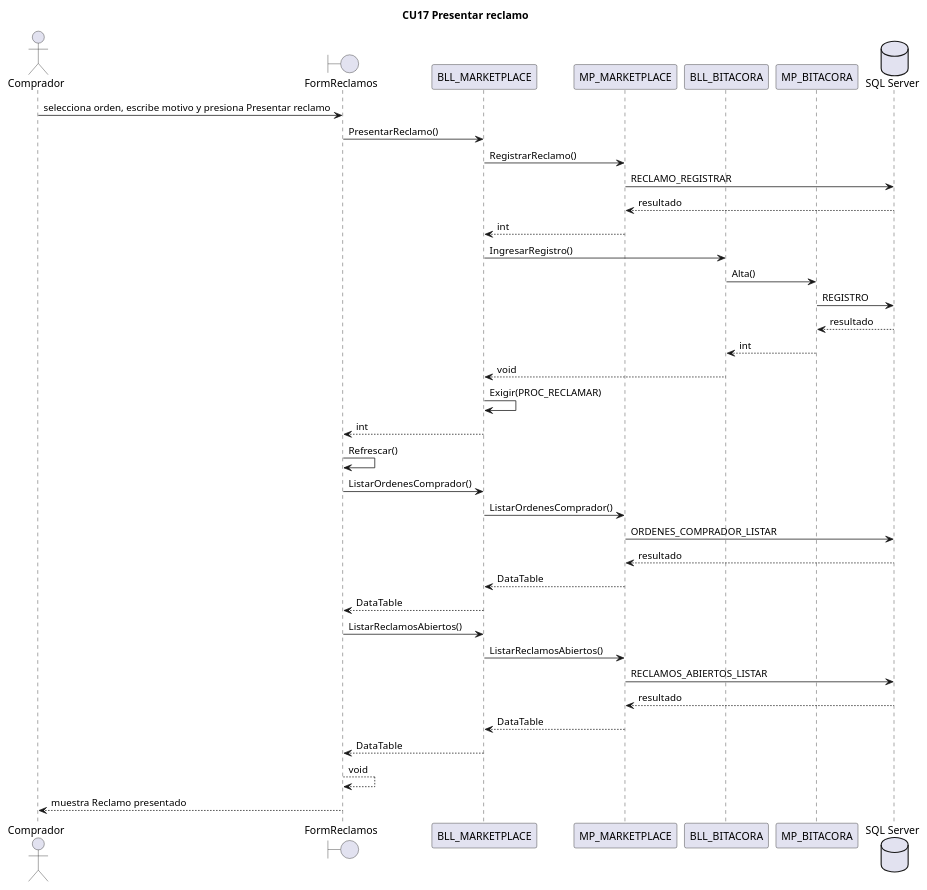
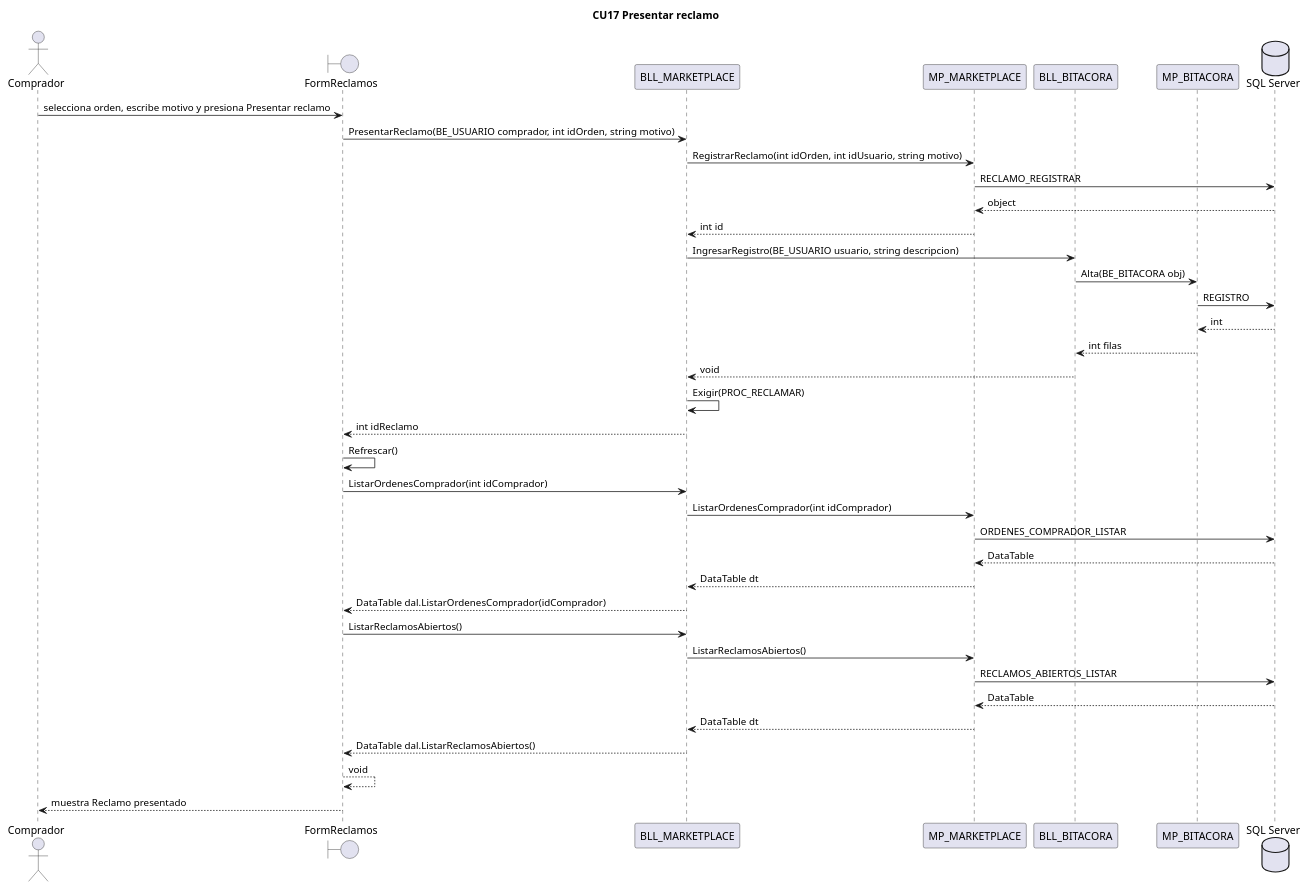
The diagram in docs/diagramas/secuencias/CU17.puml (L-Muniz/uai-diploma_2026), drawn with PlantUML before and after one commit. The commit also changed 59 other files, not shown here.

Commit message:
Docs: firmas y retornos de las secuencias tomados del código; diagramas de casos de uso en el documento

```diff
--- a/docs/diagramas/secuencias/CU17.puml
+++ b/docs/diagramas/secuencias/CU17.puml
@@ -1,39 +1,39 @@
 @startuml CU17
 title CU17 Presentar reclamo
 actor "Comprador" as ACT
 boundary FormReclamos
 participant BLL_MARKETPLACE
 participant MP_MARKETPLACE
 participant BLL_BITACORA
 participant MP_BITACORA
 database "SQL Server" as BD
 ACT -> FormReclamos : selecciona orden, escribe motivo y presiona Presentar reclamo
-FormReclamos -> BLL_MARKETPLACE : PresentarReclamo()
-BLL_MARKETPLACE -> MP_MARKETPLACE : RegistrarReclamo()
+FormReclamos -> BLL_MARKETPLACE : PresentarReclamo(BE_USUARIO comprador, int idOrden, string motivo)
+BLL_MARKETPLACE -> MP_MARKETPLACE : RegistrarReclamo(int idOrden, int idUsuario, string motivo)
 MP_MARKETPLACE -> BD : RECLAMO_REGISTRAR
-BD --> MP_MARKETPLACE : resultado
-MP_MARKETPLACE --> BLL_MARKETPLACE : int
-BLL_MARKETPLACE -> BLL_BITACORA : IngresarRegistro()
-BLL_BITACORA -> MP_BITACORA : Alta()
+BD --> MP_MARKETPLACE : object
+MP_MARKETPLACE --> BLL_MARKETPLACE : int id
+BLL_MARKETPLACE -> BLL_BITACORA : IngresarRegistro(BE_USUARIO usuario, string descripcion)
+BLL_BITACORA -> MP_BITACORA : Alta(BE_BITACORA obj)
 MP_BITACORA -> BD : REGISTRO
-BD --> MP_BITACORA : resultado
-MP_BITACORA --> BLL_BITACORA : int
+BD --> MP_BITACORA : int
+MP_BITACORA --> BLL_BITACORA : int filas
 BLL_BITACORA --> BLL_MARKETPLACE : void
 BLL_MARKETPLACE -> BLL_MARKETPLACE : Exigir(PROC_RECLAMAR)
-BLL_MARKETPLACE --> FormReclamos : int
+BLL_MARKETPLACE --> FormReclamos : int idReclamo
 FormReclamos -> FormReclamos : Refrescar()
-FormReclamos -> BLL_MARKETPLACE : ListarOrdenesComprador()
-BLL_MARKETPLACE -> MP_MARKETPLACE : ListarOrdenesComprador()
+FormReclamos -> BLL_MARKETPLACE : ListarOrdenesComprador(int idComprador)
+BLL_MARKETPLACE -> MP_MARKETPLACE : ListarOrdenesComprador(int idComprador)
 MP_MARKETPLACE -> BD : ORDENES_COMPRADOR_LISTAR
-BD --> MP_MARKETPLACE : resultado
-MP_MARKETPLACE --> BLL_MARKETPLACE : DataTable
-BLL_MARKETPLACE --> FormReclamos : DataTable
+BD --> MP_MARKETPLACE : DataTable
+MP_MARKETPLACE --> BLL_MARKETPLACE : DataTable dt
+BLL_MARKETPLACE --> FormReclamos : DataTable dal.ListarOrdenesComprador(idComprador)
 FormReclamos -> BLL_MARKETPLACE : ListarReclamosAbiertos()
 BLL_MARKETPLACE -> MP_MARKETPLACE : ListarReclamosAbiertos()
 MP_MARKETPLACE -> BD : RECLAMOS_ABIERTOS_LISTAR
-BD --> MP_MARKETPLACE : resultado
-MP_MARKETPLACE --> BLL_MARKETPLACE : DataTable
-BLL_MARKETPLACE --> FormReclamos : DataTable
+BD --> MP_MARKETPLACE : DataTable
+MP_MARKETPLACE --> BLL_MARKETPLACE : DataTable dt
+BLL_MARKETPLACE --> FormReclamos : DataTable dal.ListarReclamosAbiertos()
 FormReclamos --> FormReclamos : void
 FormReclamos --> ACT : muestra Reclamo presentado
 @enduml
```
